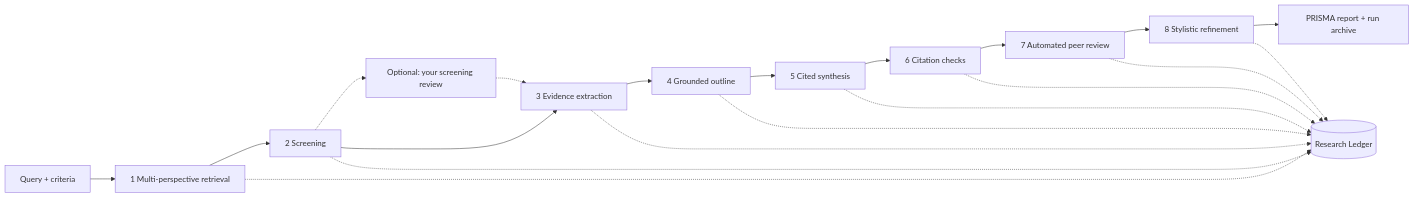
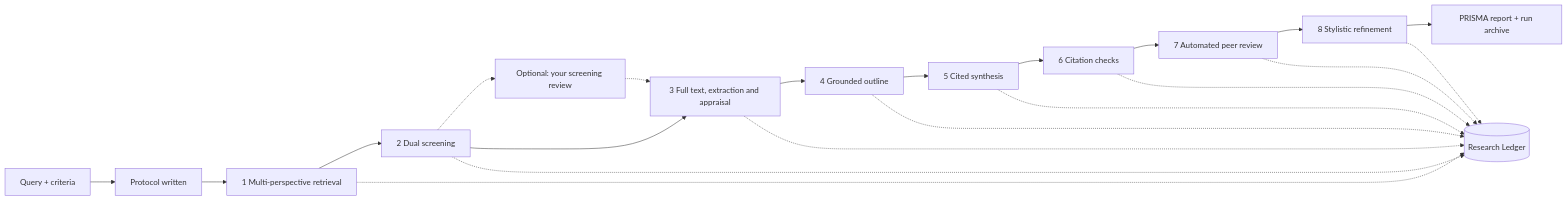
The diagram in README.md (lauPhilip/au-btech-literature-review-agent), drawn with Mermaid before and after one commit. The commit also changed other lines of this file, not shown here.

````diff
--- a/README.md
+++ b/README.md
@@ -24,15 +24,16 @@
 ```mermaid
 flowchart LR
-    Q[Query + criteria] --> S1[1 Multi-perspective retrieval]
-    S1 --> S2[2 Screening]
+    Q[Query + criteria] --> P[Protocol written]
+    P --> S1[1 Multi-perspective retrieval]
+    S1 --> S2[2 Dual screening]
     S2 -.-> H[Optional: your screening review]
     H -.-> S3
-    S2 --> S3[3 Evidence extraction]
+    S2 --> S3[3 Full text, extraction and appraisal]
     S3 --> S4[4 Grounded outline]
     S4 --> S5[5 Cited synthesis]
     S5 --> S6[6 Citation checks]
     S6 --> S7[7 Automated peer review]
     S7 --> S8[8 Stylistic refinement]
     S8 --> OUT[PRISMA report + run archive]
     S1 & S2 & S3 & S4 & S5 & S6 & S7 & S8 -.-> L[(Research Ledger)]
 ```
````
